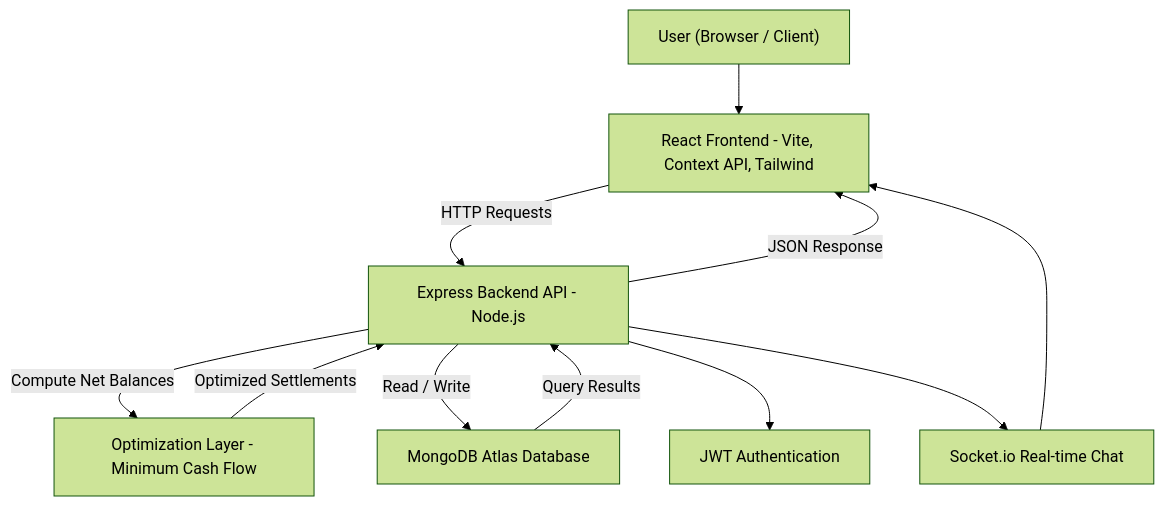
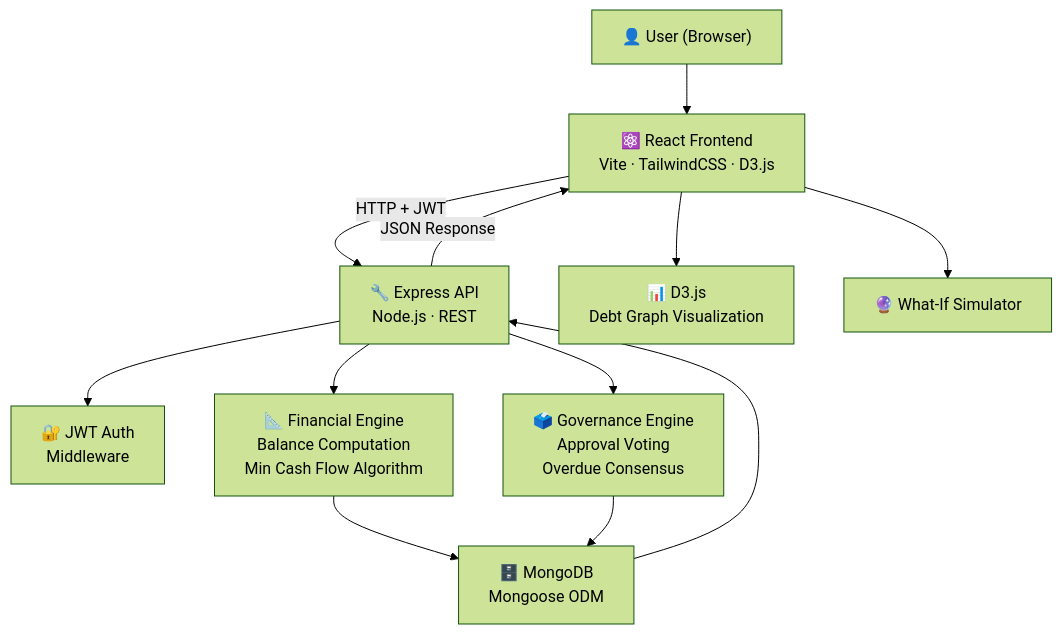
Before and after one commit to White-Devil2839/Peer-to-Peer-Expense-Splitter-with-Debt-Simplification: the diagram in Readme.md, drawn with Mermaid (forest theme). The commit also changed other lines of this file and 34 other files, not shown here.

````diff
--- a/Readme.md
+++ b/Readme.md
@@ -139,22 +147,14 @@
 ```mermaid
 graph TD
-
-    User["User (Browser / Client)"] --> Frontend["React Frontend - Vite, Context API, Tailwind"]
-
-    Frontend -->|HTTP Requests| Backend["Express Backend API - Node.js"]
-
-    Backend -->|Compute Net Balances| Algorithm["Optimization Layer - Minimum Cash Flow"]
-
-    Algorithm -->|Optimized Settlements| Backend
-
-    Backend -->|Read / Write| Database["MongoDB Atlas Database"]
-
-    Database -->|Query Results| Backend
-
-    Backend -->|JSON Response| Frontend
-
-    Backend --> Auth["JWT Authentication"]
-    Backend --> Socket["Socket.io Real-time Chat"]
-
-    Socket --> Frontend
+    User["👤 User (Browser)"] --> Frontend["⚛️ React Frontend<br/>Vite · TailwindCSS · D3.js"]
+    Frontend -->|HTTP + JWT| API["🔧 Express API<br/>Node.js · REST"]
+    API --> AuthLayer["🔐 JWT Auth<br/>Middleware"]
+    API --> FinEngine["📐 Financial Engine<br/>Balance Computation<br/>Min Cash Flow Algorithm"]
+    API --> GovEngine["🗳️ Governance Engine<br/>Approval Voting<br/>Overdue Consensus"]
+    FinEngine --> DB["🗄️ MongoDB<br/>Mongoose ODM"]
+    GovEngine --> DB
+    DB --> API
+    API -->|JSON Response| Frontend
+    Frontend --> DebtViz["📊 D3.js<br/>Debt Graph Visualization"]
+    Frontend --> Simulator["🔮 What-If Simulator"]
 ```
````
